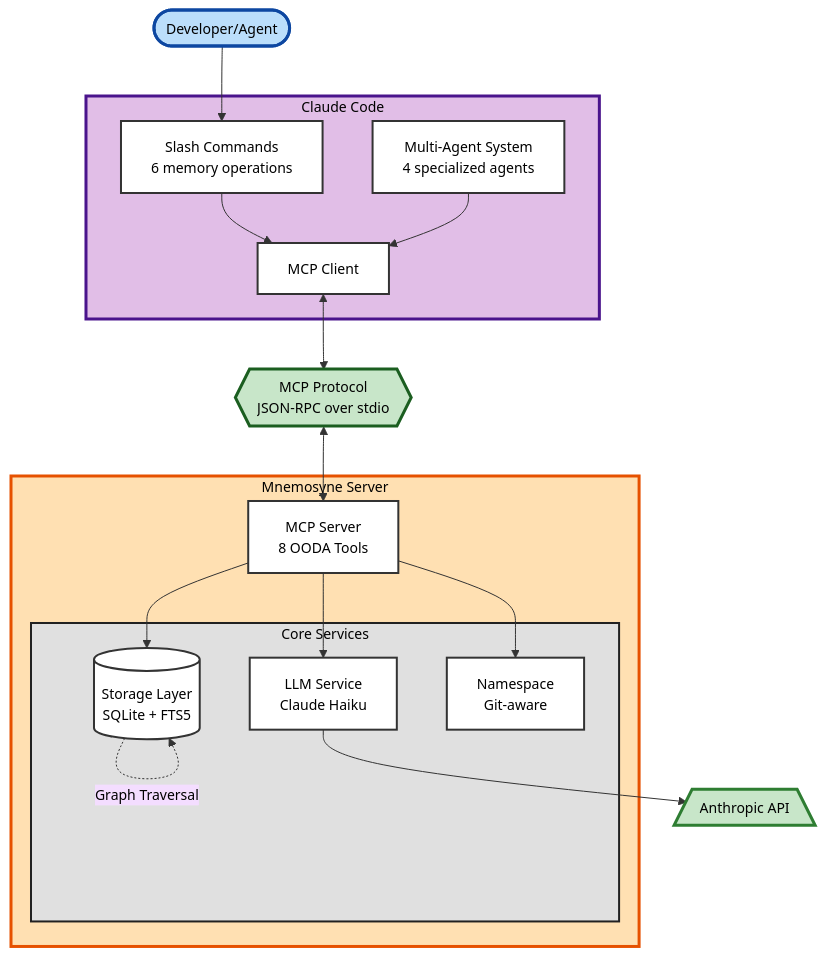
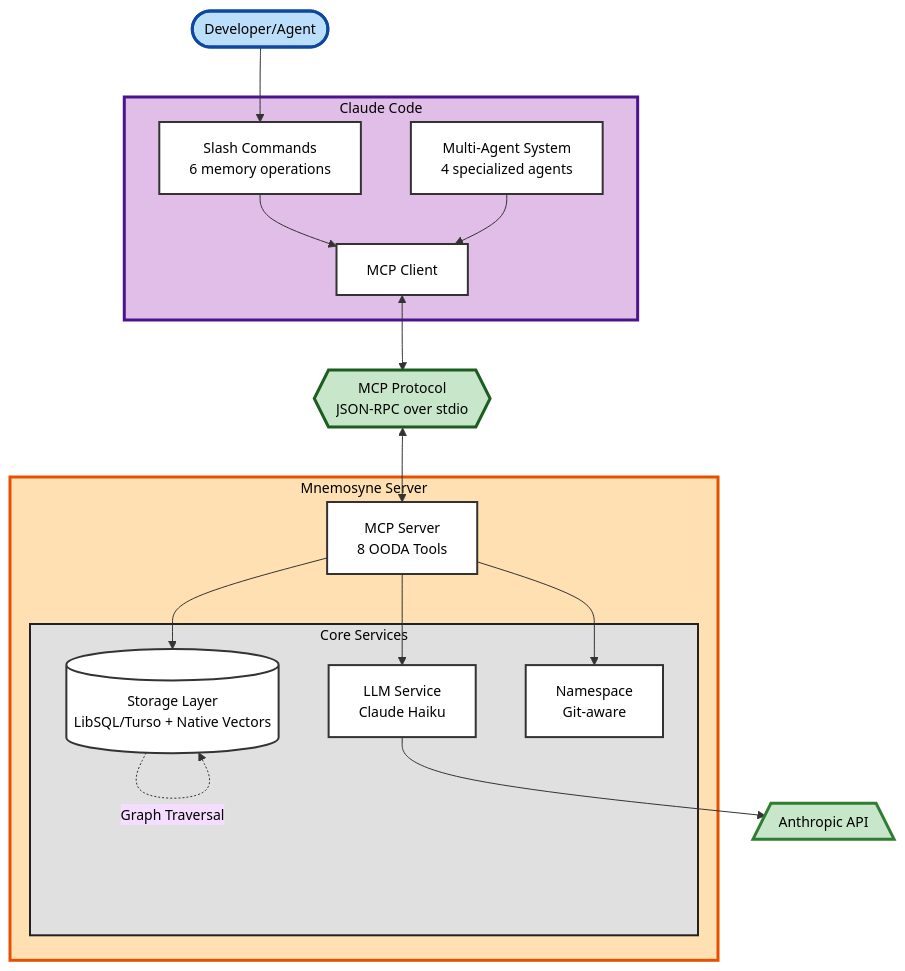
Before and after one commit to rand/mnemosyne: the diagram in README.md, drawn with Mermaid. The commit also changed other lines of this file and 2 other files, not shown here.

````diff
--- a/README.md
+++ b/README.md
@@ -155,54 +155,54 @@
 ```mermaid
 %%{init: {'theme':'base', 'themeVariables': {'primaryTextColor':'#000', 'primaryBorderColor':'#333', 'lineColor':'#333', 'fontSize':'14px'}}}%%
 flowchart TD
     User([Developer/Agent])
 
     subgraph Claude["Claude Code"]
         UI[Slash Commands<br/>6 memory operations]
         MCP[MCP Client]
         Agents[Multi-Agent System<br/>4 specialized agents]
     end
 
     Protocol{{MCP Protocol<br/>JSON-RPC over stdio}}
 
     subgraph Mnemosyne["Mnemosyne Server"]
         Server[MCP Server<br/>8 OODA Tools]
 
         subgraph Services["Core Services"]
-            Storage[(Storage Layer<br/>SQLite + FTS5)]
+            Storage[(Storage Layer<br/>LibSQL/Turso + Native Vectors)]
             LLM[LLM Service<br/>Claude Haiku]
             NS[Namespace<br/>Git-aware]
         end
     end
 
     API[/Anthropic API\]
 
     User --> UI
     UI --> MCP
     Agents --> MCP
     MCP <--> Protocol
     Protocol <--> Server
 
     Server --> Storage
     Server --> LLM
     Server --> NS
 
     LLM --> API
     Storage -.->|FTS5 Search| Storage
     Storage -.->|Graph Traversal| Storage
 
     style User fill:#bbdefb,stroke:#0d47a1,stroke-width:3px,color:#000
     style Claude fill:#e1bee7,stroke:#4a148c,stroke-width:3px,color:#000
     style Mnemosyne fill:#ffe0b2,stroke:#e65100,stroke-width:3px,color:#000
     style Protocol fill:#c8e6c9,stroke:#1b5e20,stroke-width:3px,color:#000
     style Services fill:#e0e0e0,stroke:#212121,stroke-width:2px,color:#000
     style API fill:#c8e6c9,stroke:#2e7d32,stroke-width:3px,color:#000
 
     style UI fill:#fff,color:#000,stroke:#333,stroke-width:2px
     style MCP fill:#fff,color:#000,stroke:#333,stroke-width:2px
     style Agents fill:#fff,color:#000,stroke:#333,stroke-width:2px
     style Server fill:#fff,color:#000,stroke:#333,stroke-width:2px
     style Storage fill:#fff,color:#000,stroke:#333,stroke-width:2px
     style LLM fill:#fff,color:#000,stroke:#333,stroke-width:2px
     style NS fill:#fff,color:#000,stroke:#333,stroke-width:2px
 ```
````
